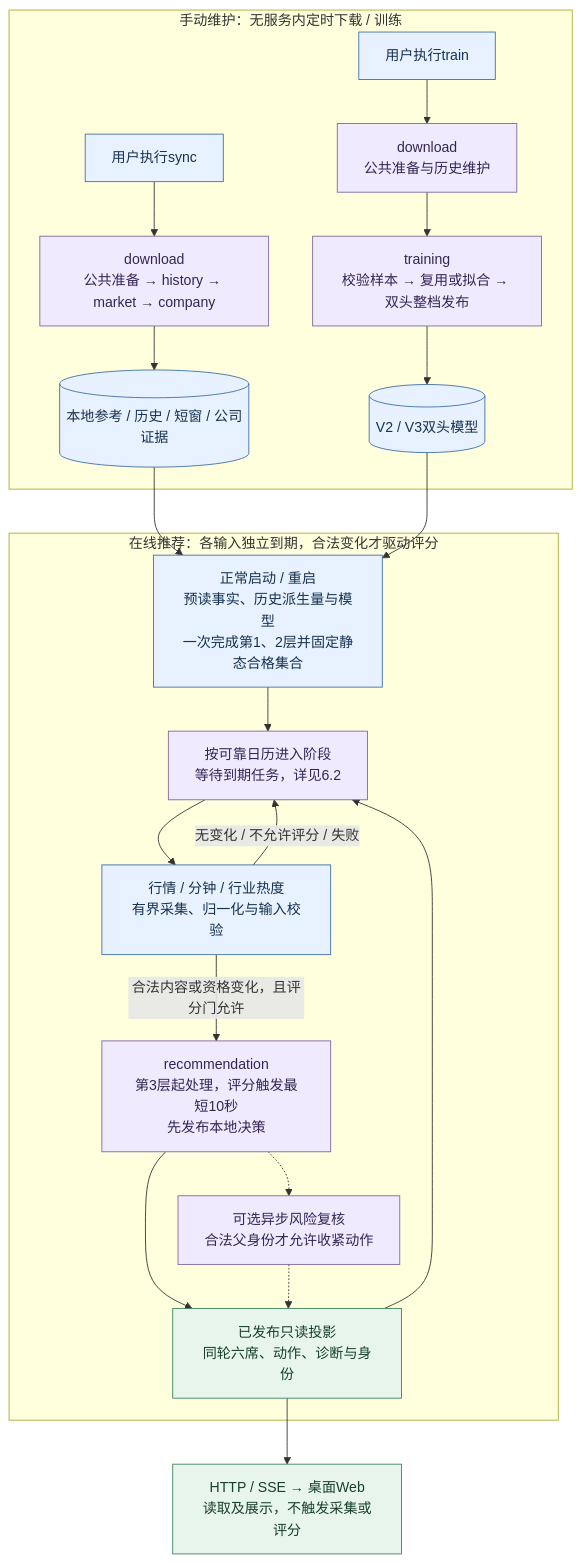
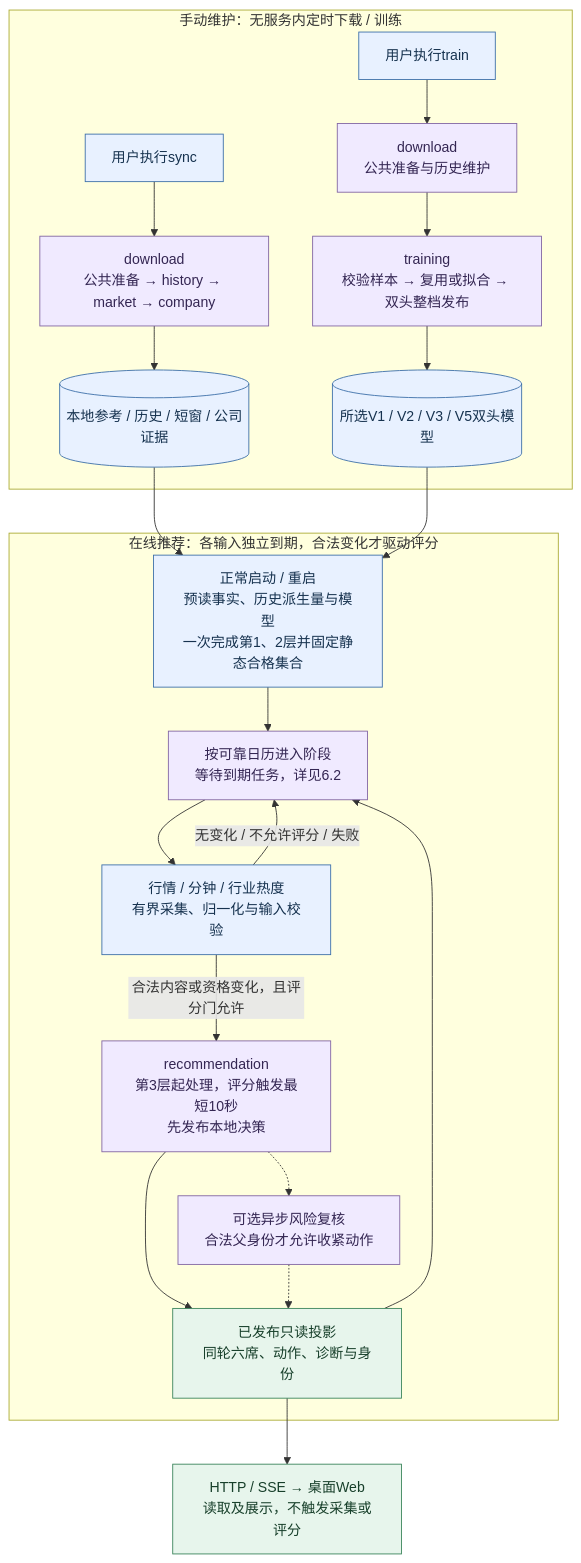
Before and after one commit to 373699756/trader: the first of 7 diagrams in docs/2_工程设计.md, drawn with Mermaid. The commit also changed other lines of this file and 56 other files, not shown here.

````diff
--- a/docs/2_工程设计.md
+++ b/docs/2_工程设计.md
@@ -48,29 +48,29 @@
 ```mermaid
 flowchart TB
     subgraph Offline["手动维护：无服务内定时下载 / 训练"]
         S["用户执行sync"] --> D["download<br/>公共准备 → history → market → company"]
         Train["用户执行train"] --> Prepare["download<br/>公共准备与历史维护"]
         Prepare --> T["training<br/>校验样本 → 复用或拟合 → 双头整档发布"]
         D --> DB[("本地参考 / 历史 / 短窗 / 公司证据")]
-        T --> M[("V2 / V3双头模型")]
+        T --> M[("所选V1 / V2 / V3 / V5双头模型")]
     end
     DB --> Boot["正常启动 / 重启<br/>预读事实、历史派生量与模型<br/>一次完成第1、2层并固定静态合格集合"]
     M --> Boot
     subgraph Online["在线推荐：各输入独立到期，合法变化才驱动评分"]
         Boot --> Tick["按可靠日历进入阶段<br/>等待到期任务，详见6.2"]
         Tick --> Q["行情 / 分钟 / 行业热度<br/>有界采集、归一化与输入校验"]
         Q -->|"合法内容或资格变化，且评分门允许"| R["recommendation<br/>第3层起处理，评分触发最短10秒<br/>先发布本地决策"]
         Q -->|"无变化 / 不允许评分 / 失败"| Tick
         R --> V["已发布只读投影<br/>同轮六席、动作、诊断与身份"]
         V --> Tick
         R -.-> Review["可选异步风险复核<br/>合法父身份才允许收紧动作"]
         Review -.-> V
     end
     V --> H["HTTP / SSE → 桌面Web<br/>读取及展示，不触发采集或评分"]
     classDef input fill:#e8f1ff,stroke:#3b6ea8,color:#16324f;
     classDef work fill:#f0eaff,stroke:#8064a2,color:#342653;
     classDef result fill:#e7f5ec,stroke:#39845a,color:#173f2a;
     class S,Train,DB,M,Boot,Q input;
     class D,Prepare,T,Tick,R,Review work;
     class V,H result;
 ```
````
